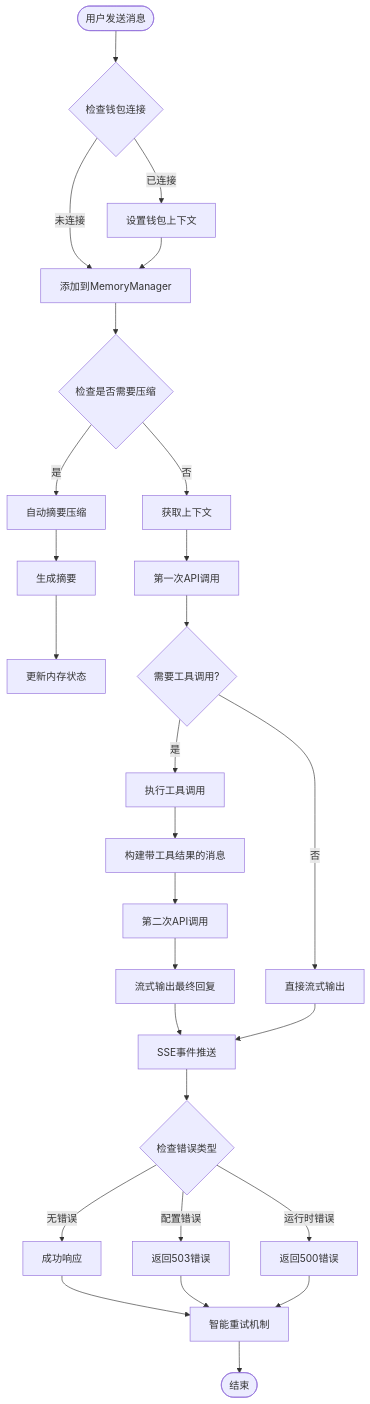
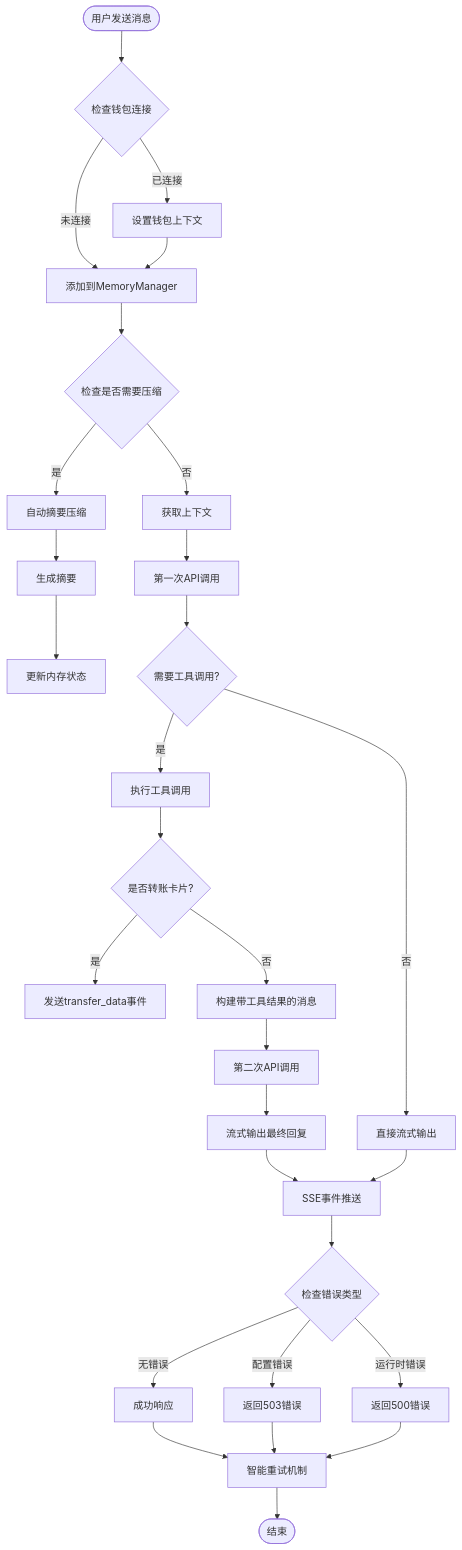
One commit to CryptoLinxu/Web3-AI-Agent changed the third of 35 diagrams in .qoder/repowiki/zh/content/核心技能详解/SSE流式聊天系统.md. Above: the diagram before and after it, drawn with Mermaid. The commit also changed other lines of this file and 7 other files, not shown here.

Commit message:
eat(transfer-card): 实现 ERC20 approve 完整流程" -m "扩展 ERC20_ABI 增加 allowance 和 approve 新增 useReadContract 检查授权额度 allowance 不足时自动显示授权步骤 approve 成功后自动发起 transfer 新增 approving 状态和授权 UI 按钮 类型 TransferStatus 新增 approving

````diff
--- a/.qoder/repowiki/zh/content/核心技能详解/SSE流式聊天系统.md
+++ b/.qoder/repowiki/zh/content/核心技能详解/SSE流式聊天系统.md
@@ -227,29 +260,31 @@
 ```mermaid
 flowchart TD
 Start([用户发送消息]) --> CheckWallet{检查钱包连接}
 CheckWallet --> |已连接| SetContext[设置钱包上下文]
 CheckWallet --> |未连接| AddToMemory[添加到MemoryManager]
 SetContext --> AddToMemory
 AddToMemory --> CheckCompress{检查是否需要压缩}
 CheckCompress --> |是| AutoCompress[自动摘要压缩]
 AutoCompress --> GenerateSummary[生成摘要]
 GenerateSummary --> UpdateState[更新内存状态]
 CheckCompress --> |否| GetContext[获取上下文]
 GetContext --> FirstCall[第一次API调用]
 FirstCall --> NeedTools{需要工具调用?}
 NeedTools --> |是| ExecuteTools[执行工具调用]
-ExecuteTools --> BuildMessages[构建带工具结果的消息]
+ExecuteTools --> CheckTransferCard{是否转账卡片?}
+CheckTransferCard --> |是| SendTransferData[发送transfer_data事件]
+CheckTransferCard --> |否| BuildMessages[构建带工具结果的消息]
 BuildMessages --> SecondCall[第二次API调用]
 SecondCall --> StreamFinal[流式输出最终回复]
 NeedTools --> |否| DirectStream[直接流式输出]
 StreamFinal --> SSEOutput[SSE事件推送]
 DirectStream --> SSEOutput
 SSEOutput --> ErrorCheck{检查错误类型}
 ErrorCheck --> |配置错误| ConfigError[返回503错误]
 ErrorCheck --> |运行时错误| RuntimeError[返回500错误]
 ErrorCheck --> |无错误| Success[成功响应]
 Success --> RetryMechanism[智能重试机制]
 ConfigError --> RetryMechanism
 RuntimeError --> RetryMechanism
 RetryMechanism --> End([结束])
 ```
````
